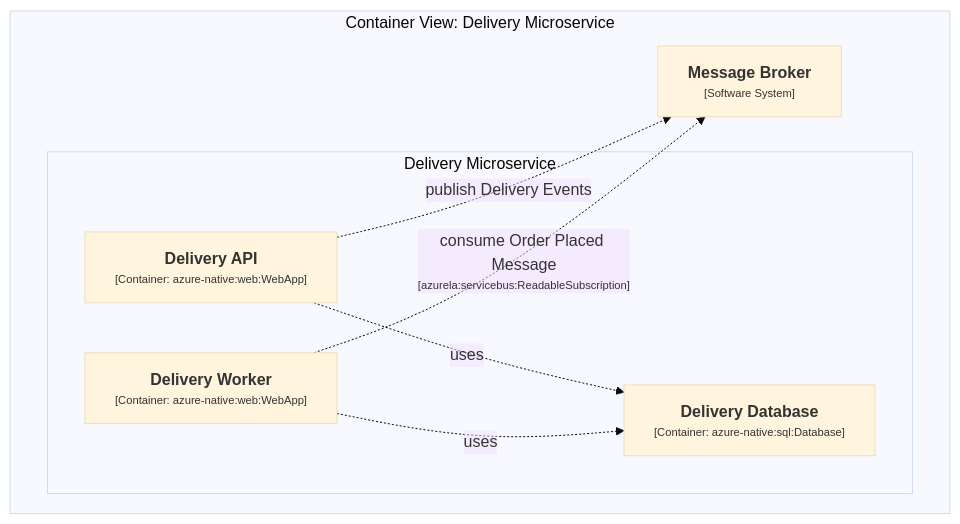
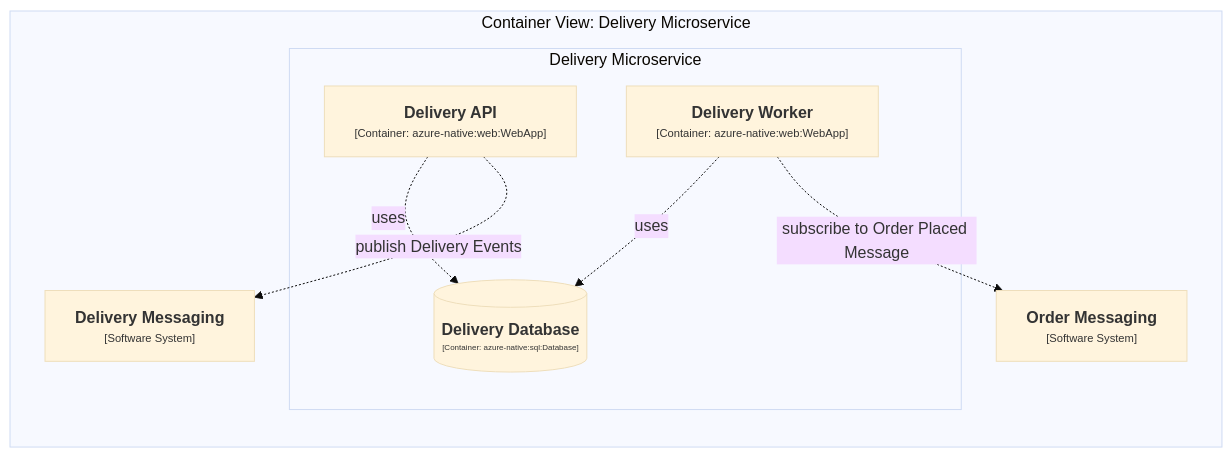
Before and after one commit to pavel-agarkov/live-arch: the third of 4 diagrams in slides/sections/4.structurizr.md, drawn with Mermaid (base theme). The commit also changed other lines of this file, not shown here.

````diff
--- a/slides/sections/4.structurizr.md
+++ b/slides/sections/4.structurizr.md
@@ -89,20 +128,21 @@
 ```mermaid
-graph TB
+graph LR
   subgraph diagram ["Container View: Delivery Microservice"]
 
-    1["<div style='font-weight: bold'>Message Broker</div><div style='font-size: 70%; margin-top: 0px'>[Software System]</div>"]
+    1["<div style='font-weight: bold'>Order Messaging</div><div style='font-size: 70%; margin-top: 0px'>[Software System]</div>"]
+    3["<div style='font-weight: bold'>Delivery Messaging</div><div style='font-size: 70%; margin-top: 0px'>[Software System]</div>"]
 
     subgraph 19 ["Delivery Microservice"]
 
-      20["<div style='font-weight: bold'>Delivery Database</div><div style='font-size: 70%; margin-top: 0px'>[Container: azure-native:sql:Database]</div>"]
+      20[("<div style='font-weight: bold'>Delivery Database</div><div style='font-size: 50%; margin-top: 0px'>[Container: azure-native:sql:Database]</div>")]
       21["<div style='font-weight: bold'>Delivery API</div><div style='font-size: 70%; margin-top: 0px'>[Container: azure-native:web:WebApp]</div>"]
       27["<div style='font-weight: bold'>Delivery Worker</div><div style='font-size: 70%; margin-top: 0px'>[Container: azure-native:web:WebApp]</div>"]
     end
 
-    21-. "<div>uses</div><div style='font-size: 70%'></div>" .->20
-    21-. "<div>publish Delivery Events</div><div style='font-size: 70%'></div>" .->1
-    27-. "<div>uses</div><div style='font-size: 70%'></div>" .->20
-    27-. "<div>consume Order Placed Message</div><div style='font-size: 70%'>[azurela:servicebus:ReadableSubscription]</div>" .->1
+    21-. "uses" .->20
+    21-. "publish Delivery Events" .->3
+    27-. "uses" .->20
+    27-. "subscribe to Order Placed Message" .->1
 
   end
 ```
````
